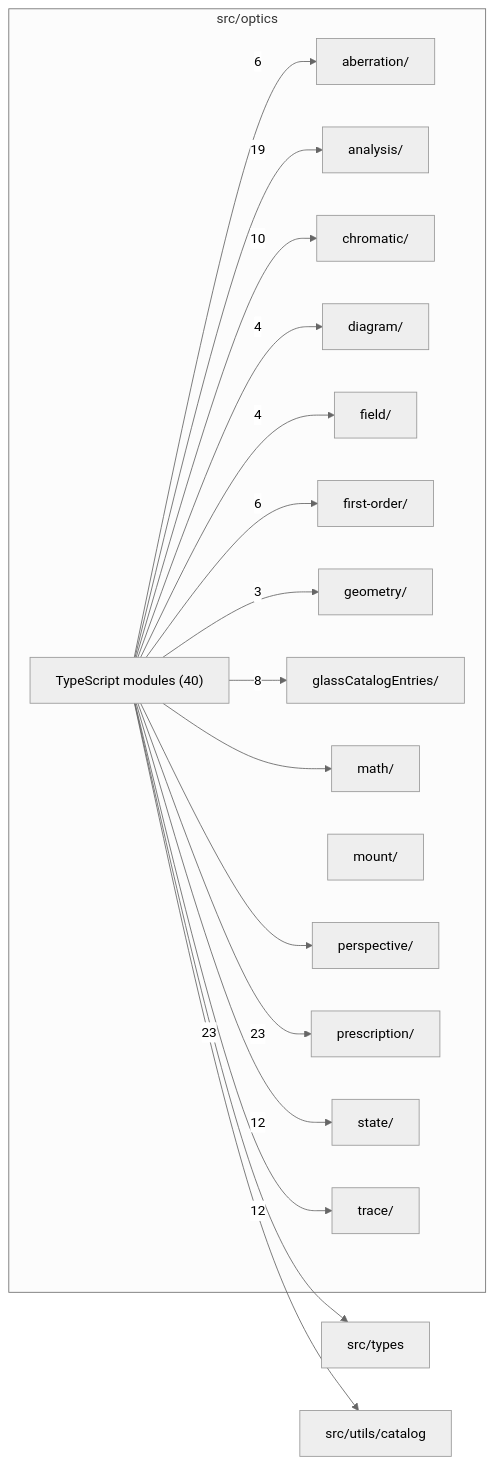
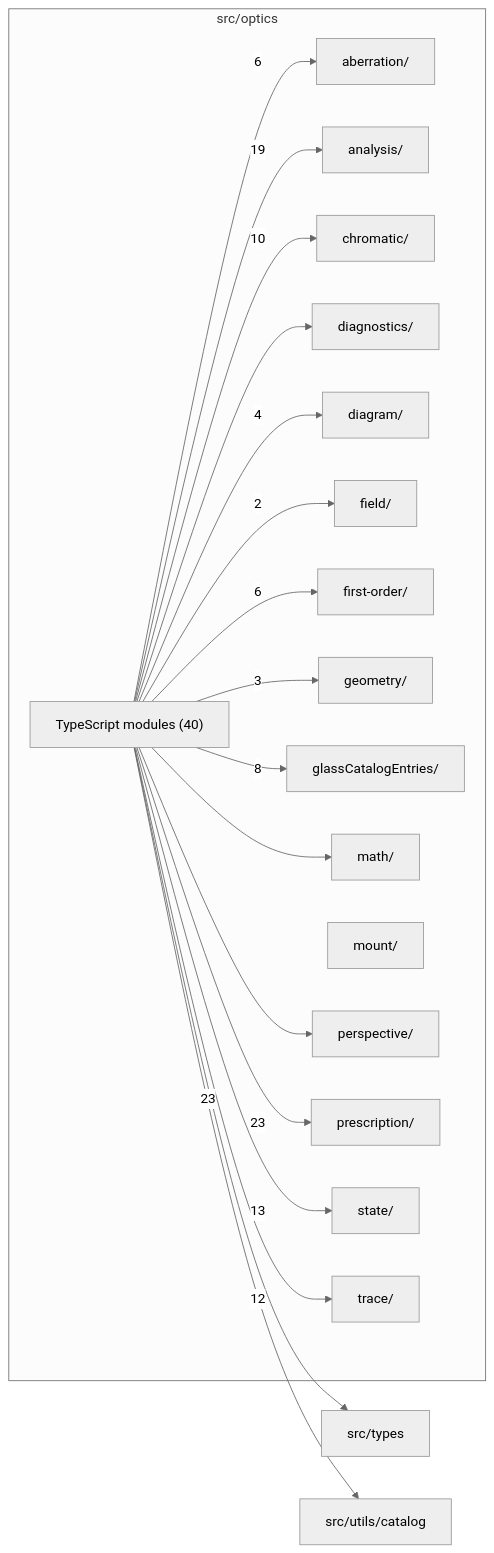
The diagram in src/optics/readme.md (ronbuening/LensVisualizer), drawn with Mermaid (neutral theme) before and after one commit. The commit also changed other lines of this file and 42 other files, not shown here.

````diff
--- a/src/optics/readme.md
+++ b/src/optics/readme.md
@@ -9,37 +9,39 @@
 ```mermaid
 flowchart LR
   subgraph n_src_optics["src/optics"]
     n_src_optics_src_optics_aberration["aberration/"]
     n_src_optics_src_optics_analysis["analysis/"]
     n_src_optics_src_optics_chromatic["chromatic/"]
+    n_src_optics_src_optics_diagnostics["diagnostics/"]
     n_src_optics_src_optics_diagram["diagram/"]
     n_src_optics_src_optics_field["field/"]
     n_src_optics_src_optics_first_order["first-order/"]
     n_src_optics_src_optics_geometry["geometry/"]
     n_src_optics_src_optics_glassCatalogEntries["glassCatalogEntries/"]
     n_src_optics_src_optics_math["math/"]
     n_src_optics_src_optics_mount["mount/"]
     n_src_optics_src_optics_perspective["perspective/"]
     n_src_optics_src_optics_prescription["prescription/"]
     n_src_optics_src_optics_state["state/"]
     n_src_optics_src_optics_trace["trace/"]
     n_src_optics_TypeScript_modules["TypeScript modules (40)"]
   end
   n_external_src_types["src/types"]
   n_external_src_utils_catalog["src/utils/catalog"]
   n_src_optics_TypeScript_modules --> |23| n_external_src_types
   n_src_optics_TypeScript_modules --> |23| n_src_optics_src_optics_prescription
   n_src_optics_TypeScript_modules --> |19| n_src_optics_src_optics_analysis
-  n_src_optics_TypeScript_modules --> |12| n_src_optics_src_optics_state
+  n_src_optics_TypeScript_modules --> |13| n_src_optics_src_optics_state
   n_src_optics_TypeScript_modules --> |12| n_src_optics_src_optics_trace
   n_src_optics_TypeScript_modules --> |10| n_src_optics_src_optics_chromatic
   n_src_optics_TypeScript_modules --> |8| n_src_optics_src_optics_glassCatalogEntries
   n_src_optics_TypeScript_modules --> |6| n_src_optics_src_optics_aberration
   n_src_optics_TypeScript_modules --> |6| n_src_optics_src_optics_first_order
   n_src_optics_TypeScript_modules --> |4| n_src_optics_src_optics_diagram
-  n_src_optics_TypeScript_modules --> |4| n_src_optics_src_optics_field
   n_src_optics_TypeScript_modules --> |3| n_src_optics_src_optics_geometry
+  n_src_optics_TypeScript_modules --> |2| n_src_optics_src_optics_field
   n_src_optics_TypeScript_modules --> n_external_src_utils_catalog
+  n_src_optics_TypeScript_modules --> n_src_optics_src_optics_diagnostics
   n_src_optics_TypeScript_modules --> n_src_optics_src_optics_math
   n_src_optics_TypeScript_modules --> n_src_optics_src_optics_perspective
 ```
````
